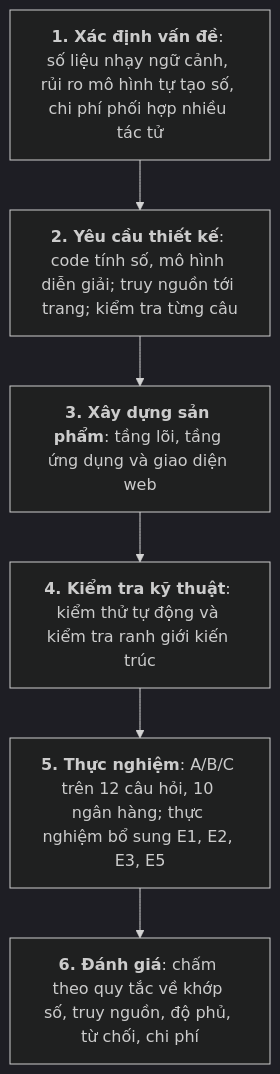
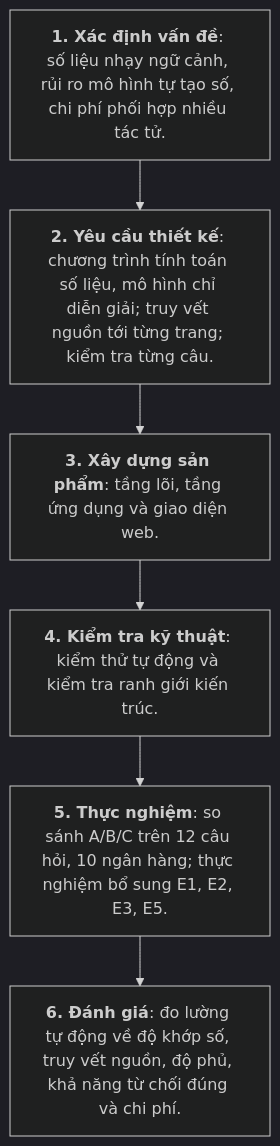
The diagram in docs/thesis-v2/figures/hinh-3-1-quy-trinh-dsr.mmd (thaicuong576/final-thesis), drawn with Mermaid (dark theme) before and after one commit. The commit also changed 10 other files, not shown here.

Commit message:
docs(thesis): fix figure wording, Vietnamese number format in charts, Fig 3.2 layout (#185)

```diff
--- a/docs/thesis-v2/figures/hinh-3-1-quy-trinh-dsr.mmd
+++ b/docs/thesis-v2/figures/hinh-3-1-quy-trinh-dsr.mmd
@@ -1,8 +1,8 @@
 flowchart TB
-    S1["<b>1. Xác định vấn đề</b>: số liệu nhạy ngữ cảnh, rủi ro mô hình tự tạo số, chi phí phối hợp nhiều tác tử"]
-    S2["<b>2. Yêu cầu thiết kế</b>: code tính số, mô hình diễn giải; truy nguồn tới trang; kiểm tra từng câu"]
-    S3["<b>3. Xây dựng sản phẩm</b>: tầng lõi, tầng ứng dụng và giao diện web"]
-    S4["<b>4. Kiểm tra kỹ thuật</b>: kiểm thử tự động và kiểm tra ranh giới kiến trúc"]
-    S5["<b>5. Thực nghiệm</b>: A/B/C trên 12 câu hỏi, 10 ngân hàng; thực nghiệm bổ sung E1, E2, E3, E5"]
-    S6["<b>6. Đánh giá</b>: chấm theo quy tắc về khớp số, truy nguồn, độ phủ, từ chối, chi phí"]
+    S1["<b>1. Xác định vấn đề</b>: số liệu nhạy ngữ cảnh, rủi ro mô hình tự tạo số, chi phí phối hợp nhiều tác tử."]
+    S2["<b>2. Yêu cầu thiết kế</b>: chương trình tính toán số liệu, mô hình chỉ diễn giải; truy vết nguồn tới từng trang; kiểm tra từng câu."]
+    S3["<b>3. Xây dựng sản phẩm</b>: tầng lõi, tầng ứng dụng và giao diện web."]
+    S4["<b>4. Kiểm tra kỹ thuật</b>: kiểm thử tự động và kiểm tra ranh giới kiến trúc."]
+    S5["<b>5. Thực nghiệm</b>: so sánh A/B/C trên 12 câu hỏi, 10 ngân hàng; thực nghiệm bổ sung E1, E2, E3, E5."]
+    S6["<b>6. Đánh giá</b>: đo lường tự động về độ khớp số, truy vết nguồn, độ phủ, khả năng từ chối đúng và chi phí."]
     S1 --> S2 --> S3 --> S4 --> S5 --> S6
```
